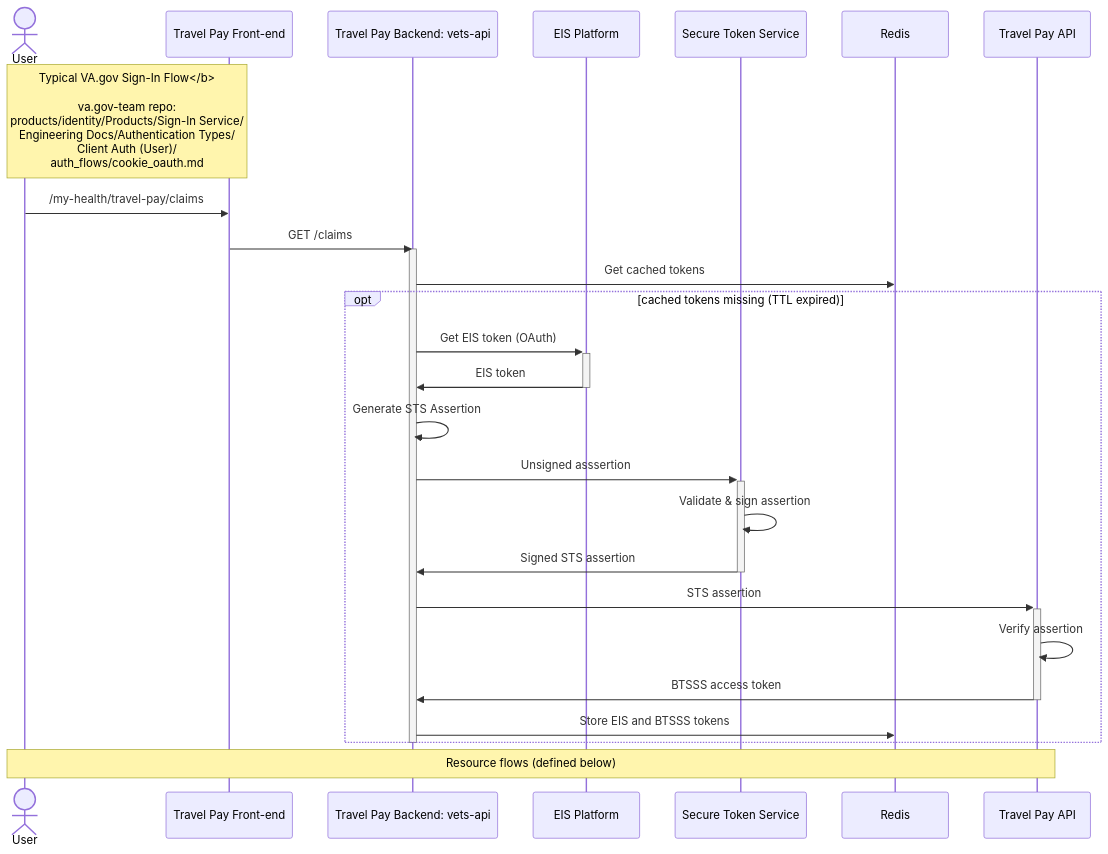
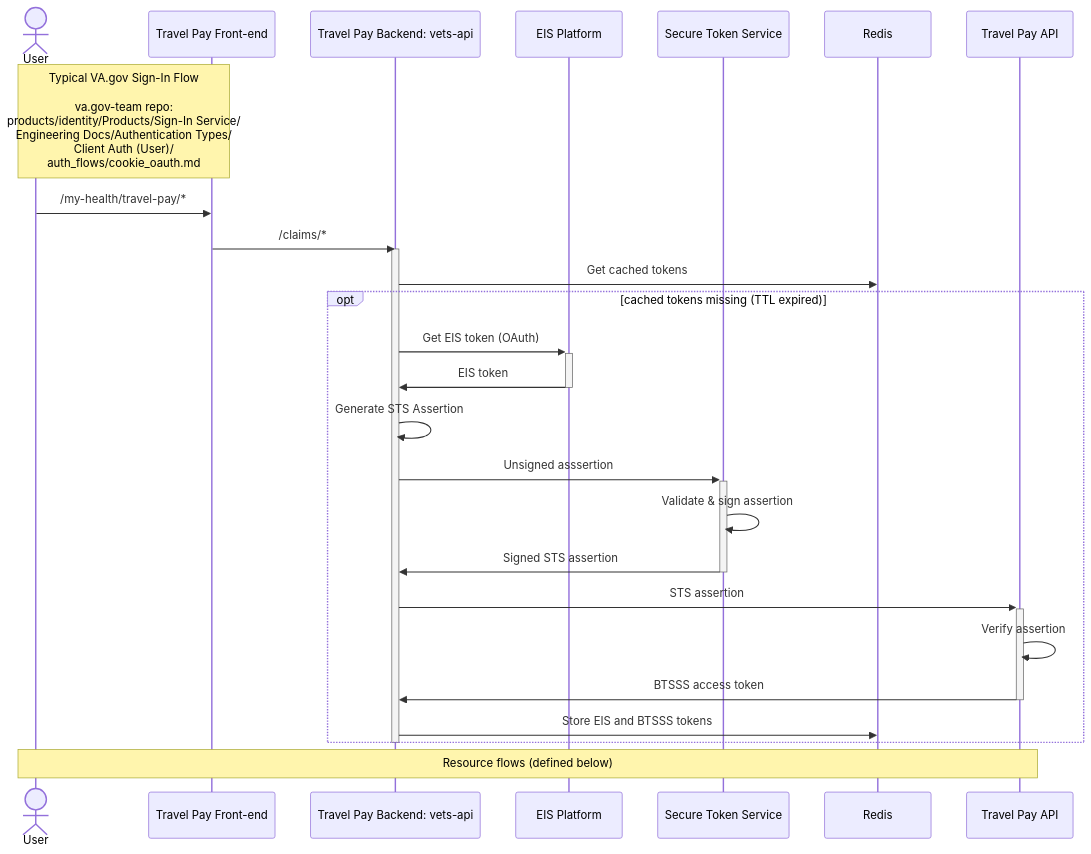
One commit to department-of-veterans-affairs/va.gov-team changed the first of 5 diagrams in products/health-care/beneficiary-travel/engineering/submit-claim/full-sequence-diagram.md. Above: the diagram before and after it, drawn with Mermaid.

````diff
--- a/products/health-care/beneficiary-travel/engineering/submit-claim/full-sequence-diagram.md
+++ b/products/health-care/beneficiary-travel/engineering/submit-claim/full-sequence-diagram.md
@@ -4,38 +4,38 @@
 ```mermaid
 sequenceDiagram
     actor user as User
     participant tp as Travel Pay Front-end
     participant tpm as Travel Pay Backend: vets-api
     participant eis as EIS Platform
     participant sts as Secure Token Service
     participant redis as Redis
     participant tpapi as Travel Pay API
 
-    note over user,tp: Typical VA.gov Sign-In Flow</b><br/><br/>va.gov-team repo: <br/>products/identity/Products/Sign-In Service/<br/>Engineering Docs/Authentication Types/<br/>Client Auth (User)/<br/>auth_flows/cookie_oauth.md#sequence-diagram
+    note over user,tp: Typical VA.gov Sign-In Flow<br/><br/>va.gov-team repo: <br/>products/identity/Products/Sign-In Service/<br/>Engineering Docs/Authentication Types/<br/>Client Auth (User)/<br/>auth_flows/cookie_oauth.md#sequence-diagram
     
-    user->>tp: /my-health/travel-pay/claims
+    user->>tp: /my-health/travel-pay/*
 
-    tp->>tpm: GET /claims
+    tp->>tpm: /claims/*
 
     activate tpm
         tpm ->> redis: Get cached tokens
         
         opt cached tokens missing (TTL expired)
             tpm ->>+ eis: Get EIS token (OAuth)
             eis ->>- tpm: EIS token
 
             tpm ->> tpm: Generate STS Assertion
             tpm ->>+ sts: Unsigned asssertion
             sts ->> sts: Validate & sign assertion
             sts ->>- tpm: Signed STS assertion
 
             tpm ->>+ tpapi: STS assertion
             tpapi ->> tpapi: Verify assertion
             tpapi ->>- tpm: BTSSS access token
 
             tpm ->> redis: Store EIS and BTSSS tokens
         end
     deactivate tpm
 
     note over user,tpapi: Resource flows (defined below)
 ```
````
